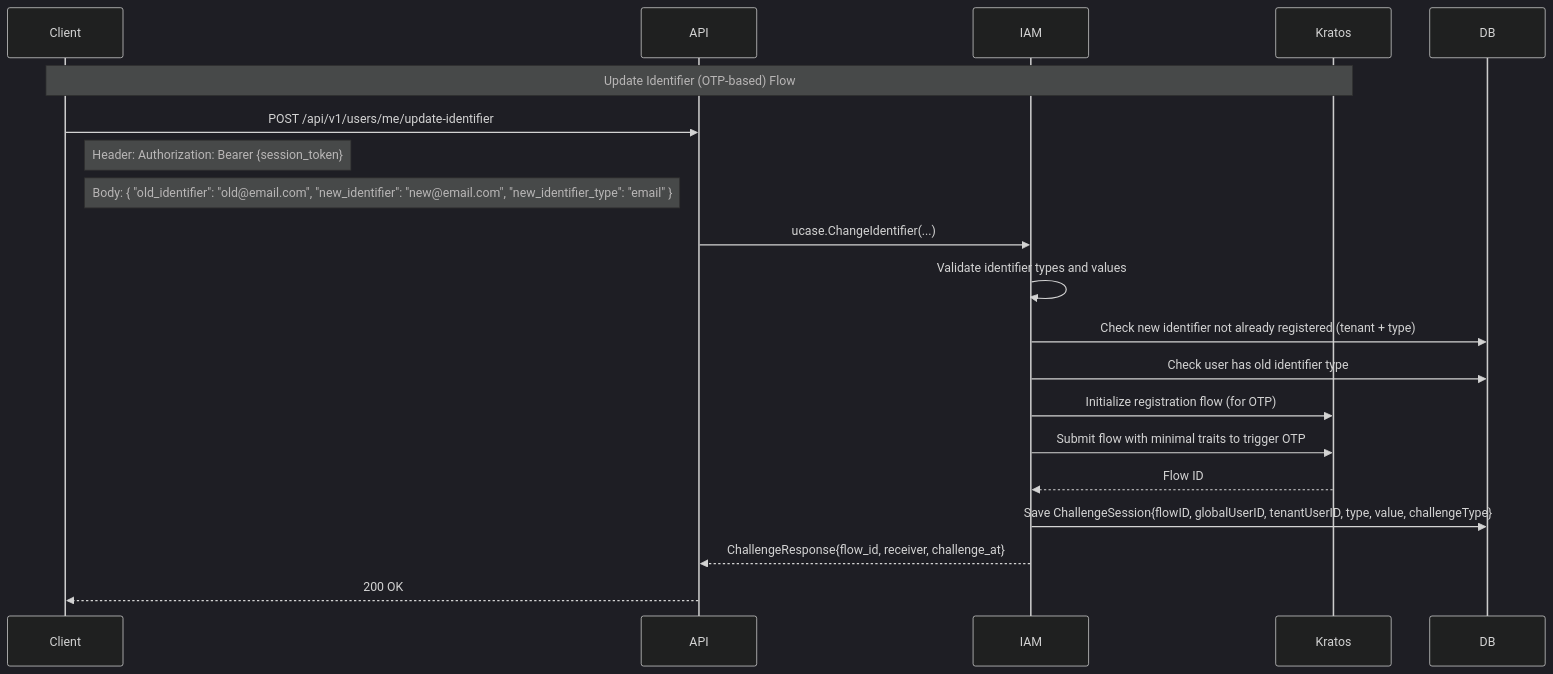
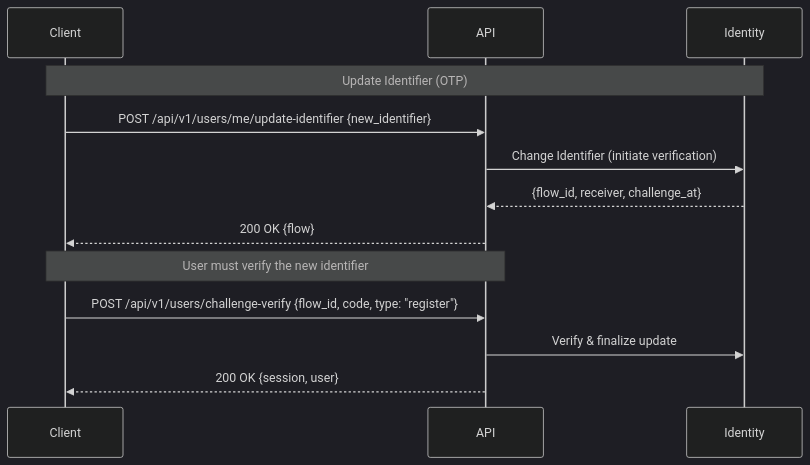
Before and after one commit to lifenetwork-ai/iam-service: the diagram in dev-docs/Update Identifier.md, drawn with Mermaid (dark theme). The commit also changed other lines of this file and 1 other file, not shown here.

````diff
--- a/dev-docs/Update Identifier.md
+++ b/dev-docs/Update Identifier.md
@@ -9,24 +9,16 @@
 ```mermaid
 sequenceDiagram
     participant Client
     participant API
-    participant IAM
-    participant Kratos
-    participant DB
+    participant Identity
 
-    Note over Client,Kratos: Update Identifier (OTP-based) Flow
-    Client->>API: POST /api/v1/users/me/update-identifier
-    Note right of Client: Header: Authorization: Bearer {session_token}
-    Note right of Client: Body: { "old_identifier": "old@email.com", "new_identifier": "new@email.com", "new_identifier_type": "email" }
-
-    API->>IAM: ucase.ChangeIdentifier(...)
-    IAM->>IAM: Validate identifier types and values
-    IAM->>DB: Check new identifier not already registered (tenant + type)
-    IAM->>DB: Check user has old identifier type
-    IAM->>Kratos: Initialize registration flow (for OTP)
-    IAM->>Kratos: Submit flow with minimal traits to trigger OTP
-    Kratos-->>IAM: Flow ID
-    IAM->>DB: Save ChallengeSession{flowID, globalUserID, tenantUserID, type, value, challengeType}
-    IAM-->>API: ChallengeResponse{flow_id, receiver, challenge_at}
-    API-->>Client: 200 OK
+    Note over Client,Identity: Update Identifier (OTP)
+    Client->>API: POST /api/v1/users/me/update-identifier {new_identifier}
+    API->>Identity: Change Identifier (initiate verification)
+    Identity-->>API: {flow_id, receiver, challenge_at}
+    API-->>Client: 200 OK {flow}
+    Note over Client,API: User must verify the new identifier
+    Client->>API: POST /api/v1/users/challenge-verify {flow_id, code, type: "register"}
+    API->>Identity: Verify & finalize update
+    API-->>Client: 200 OK {session, user}
 ```
````
